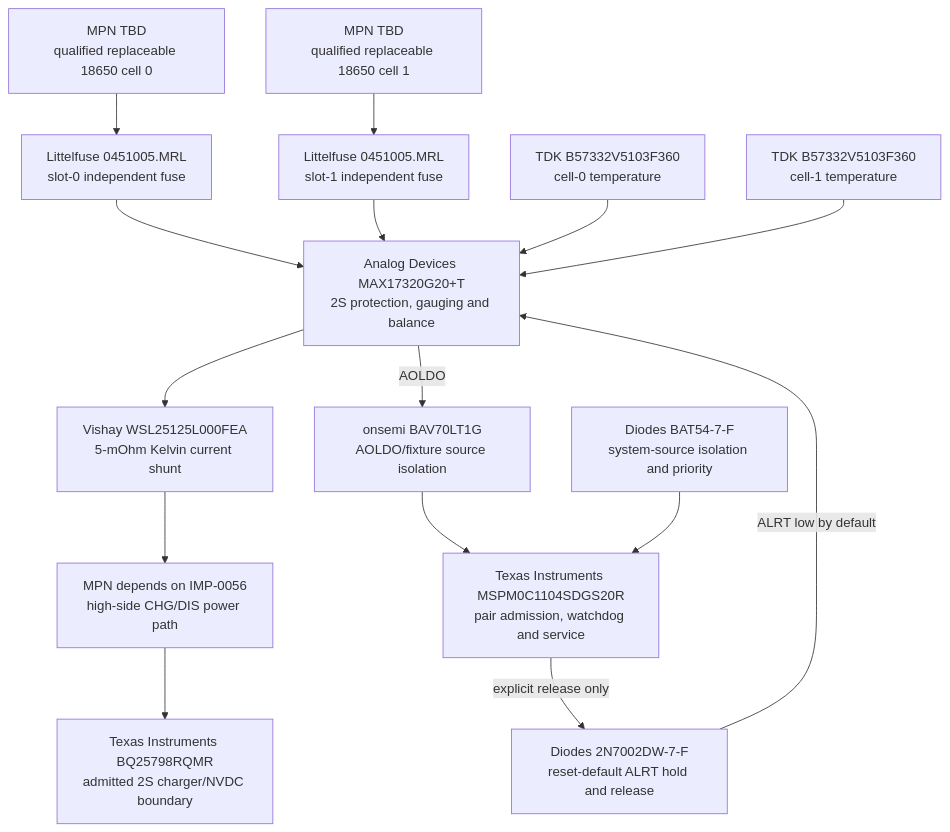
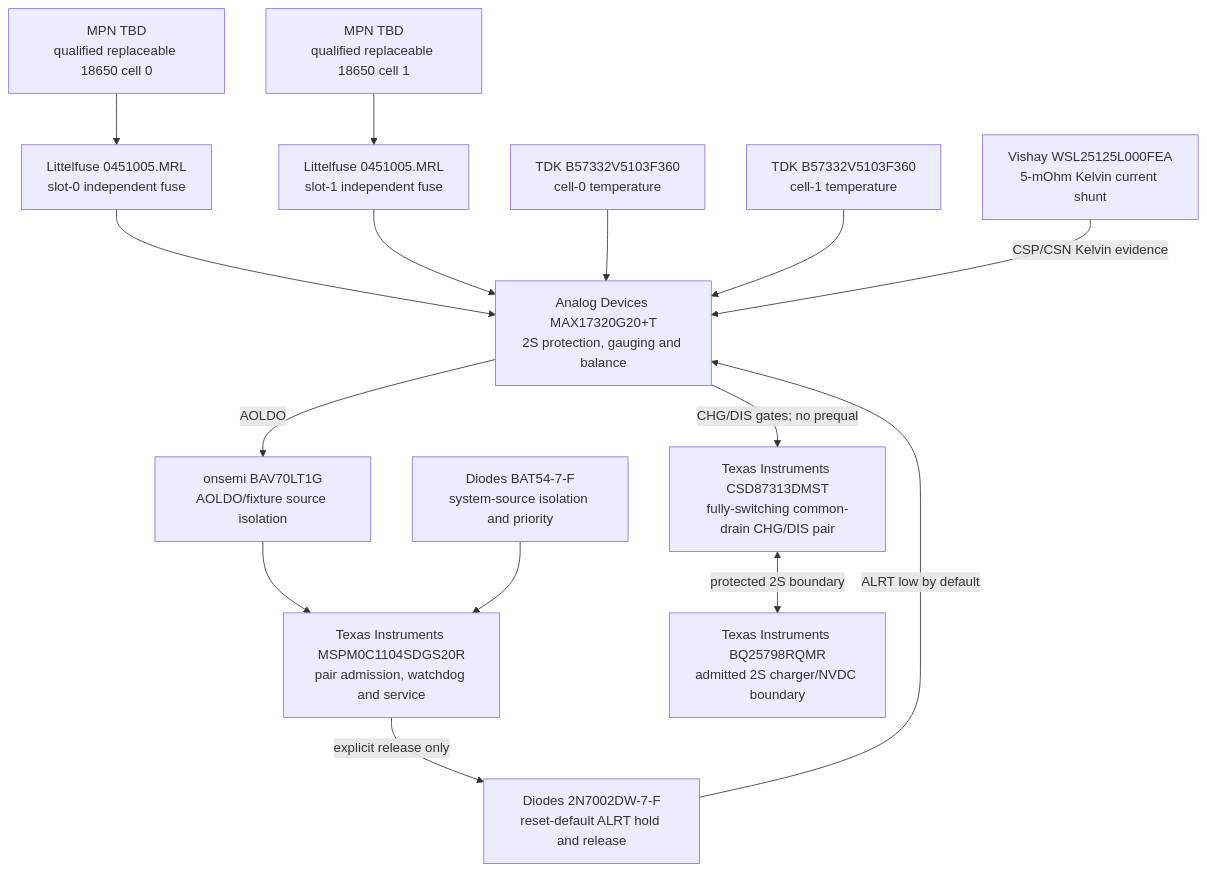
The diagram in docs/review/architecture/PWR-0007-max17320-2s-surrounding-circuit.md (anton-vinogradov/esp32-leshy2), drawn with Mermaid before and after one commit. The commit also changed other lines of this file and 24 other files, not shown here.

````diff
--- a/docs/review/architecture/PWR-0007-max17320-2s-surrounding-circuit.md
+++ b/docs/review/architecture/PWR-0007-max17320-2s-surrounding-circuit.md
@@ -133,27 +139,29 @@
 ```mermaid
 flowchart TD
   C0["MPN TBD<br/>qualified replaceable 18650 cell 0"]
   F0["Littelfuse 0451005.MRL<br/>slot-0 independent fuse"]
   T0["TDK B57332V5103F360<br/>cell-0 temperature"]
   C1["MPN TBD<br/>qualified replaceable 18650 cell 1"]
   F1["Littelfuse 0451005.MRL<br/>slot-1 independent fuse"]
   T1["TDK B57332V5103F360<br/>cell-1 temperature"]
   G["Analog Devices MAX17320G20+T<br/>2S protection, gauging and balance"]
   R["Vishay WSL25125L000FEA<br/>5-mOhm Kelvin current shunt"]
   H["Diodes 2N7002DW-7-F<br/>reset-default ALRT hold and release"]
   O1["onsemi BAV70LT1G<br/>AOLDO/fixture source isolation"]
   O2["Diodes BAT54-7-F<br/>system-source isolation and priority"]
   M["Texas Instruments MSPM0C1104SDGS20R<br/>pair admission, watchdog and service"]
-  Q["MPN depends on IMP-0056<br/>high-side CHG/DIS power path"]
+  Q["Texas Instruments CSD87313DMST<br/>fully-switching common-drain CHG/DIS pair"]
   S["Texas Instruments BQ25798RQMR<br/>admitted 2S charger/NVDC boundary"]
 
   C0 --> F0 --> G
   C1 --> F1 --> G
   T0 --> G
   T1 --> G
-  G --> R --> Q --> S
+  R -->|"CSP/CSN Kelvin evidence"| G
+  G -->|"CHG/DIS gates; no prequal"| Q
+  Q <-->|"protected 2S boundary"| S
   H -->|"ALRT low by default"| G
   M -->|"explicit release only"| H
   G -->|"AOLDO"| O1 --> M
   O2 --> M
 ```
````
